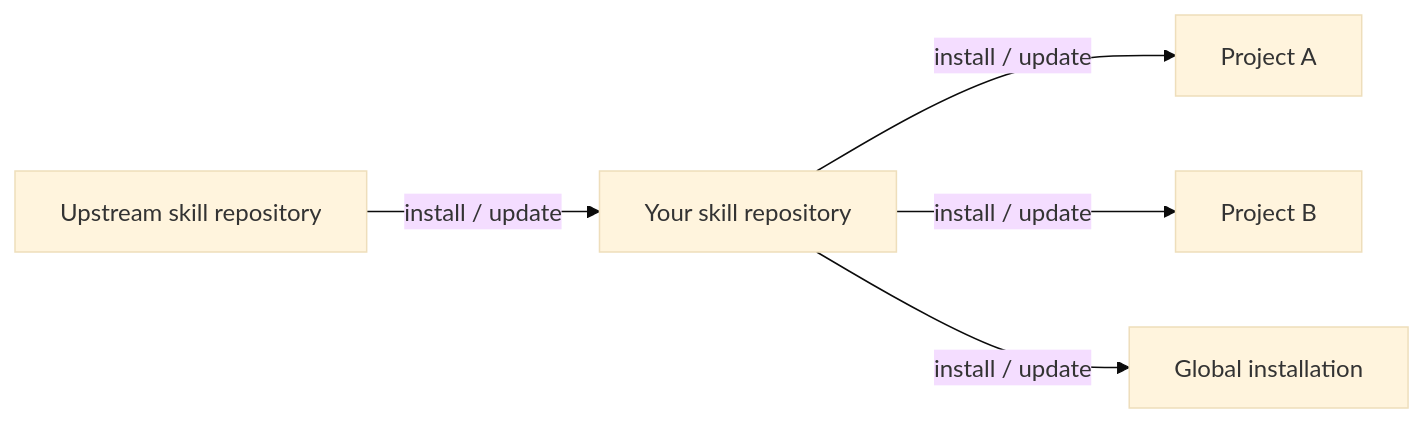
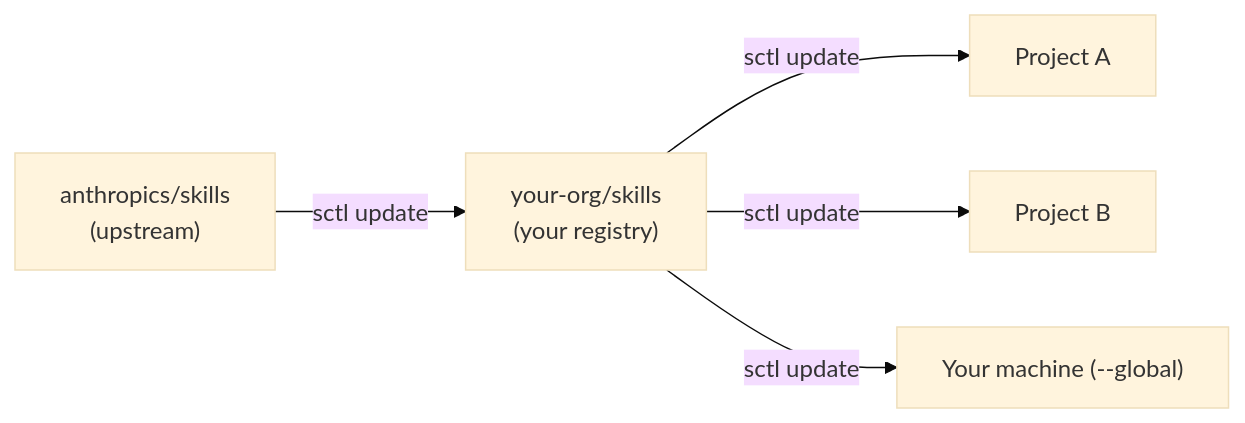
Before and after one commit to entroit/skill-control: the diagram in README.md, drawn with Mermaid (base theme). The commit also changed other lines of this file and 14 other files, not shown here.

````diff
--- a/README.md
+++ b/README.md
@@ -42,7 +56,7 @@
 ```mermaid
 flowchart LR
-    U["Upstream skill repository"] -->|"install / update"| R["Your skill repository"]
-    R -->|"install / update"| A["Project A"]
-    R -->|"install / update"| B["Project B"]
-    R -->|"install / update"| G["Global installation"]
+    U["anthropics/skills<br/>(upstream)"] -->|sctl update| R["your-org/skills<br/>(your registry)"]
+    R -->|sctl update| A["Project A"]
+    R -->|sctl update| B["Project B"]
+    R -->|sctl update| G["Your machine (--global)"]
 ```
````
